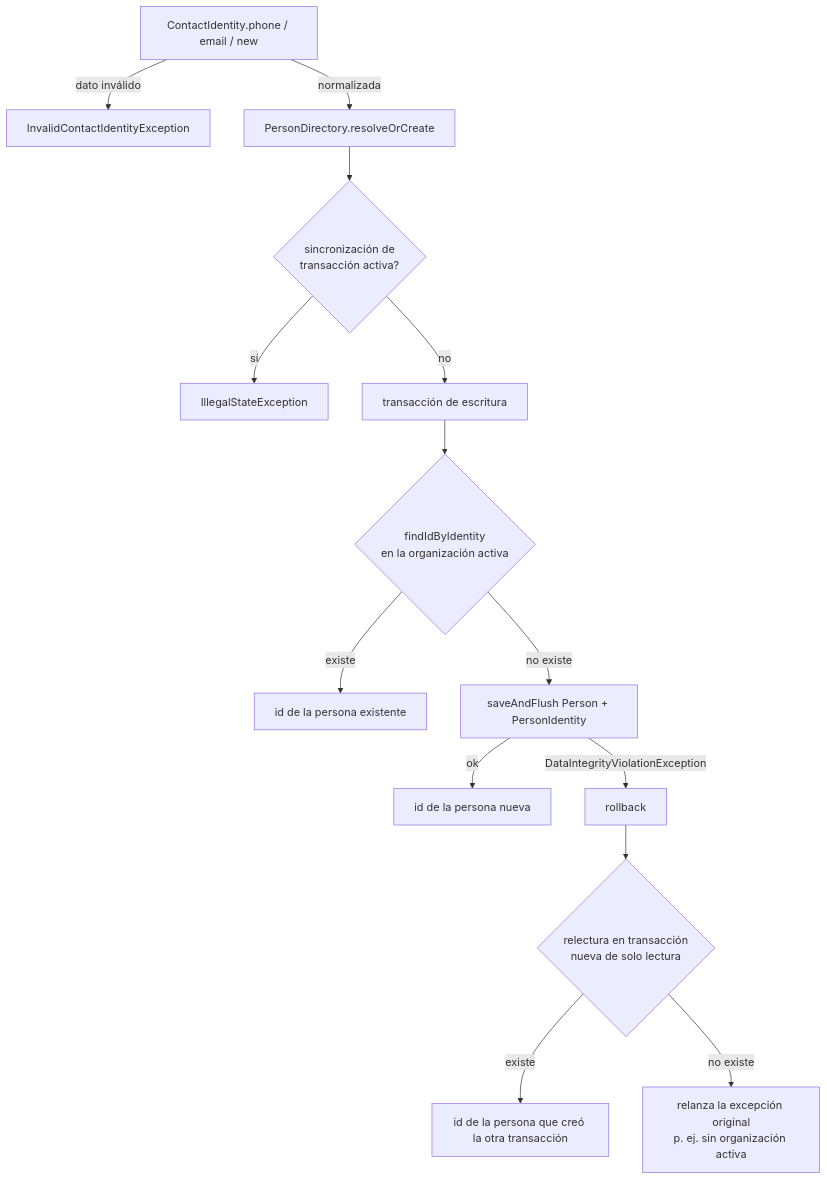
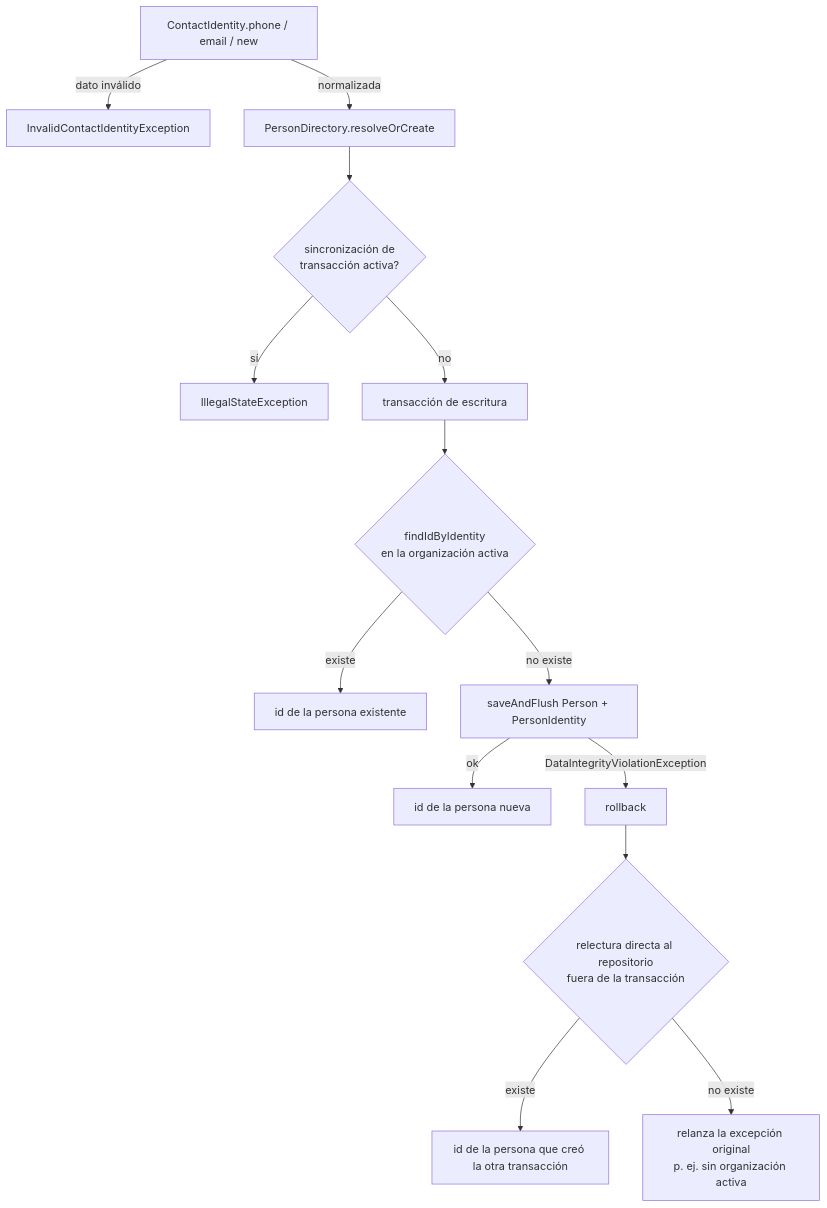
The first of 2 diagrams in docs/personas.md (zapmaxvevo/communicator-one), drawn with Mermaid before and after one commit. The commit also changed other lines of this file and 6 other files, not shown here.

````diff
--- a/docs/personas.md
+++ b/docs/personas.md
@@ -100,16 +100,16 @@
 ```mermaid
 flowchart TD
     C[ContactIdentity.phone / email / new] -->|dato inválido| X[InvalidContactIdentityException]
     C -->|normalizada| R[PersonDirectory.resolveOrCreate]
     R --> G{sincronización de<br/>transacción activa?}
     G -->|sí| I[IllegalStateException]
     G -->|no| W[transacción de escritura]
     W --> F{findIdByIdentity<br/>en la organización activa}
     F -->|existe| ID[id de la persona existente]
     F -->|no existe| S[saveAndFlush Person + PersonIdentity]
     S -->|ok| NEW[id de la persona nueva]
     S -->|DataIntegrityViolationException| RB[rollback]
-    RB --> RR{relectura en transacción<br/>nueva de solo lectura}
+    RB --> RR{relectura directa al repositorio<br/>fuera de la transacción}
     RR -->|existe| ID2[id de la persona que creó la otra transacción]
     RR -->|no existe| E[relanza la excepción original<br/>p. ej. sin organización activa]
 ```
````
